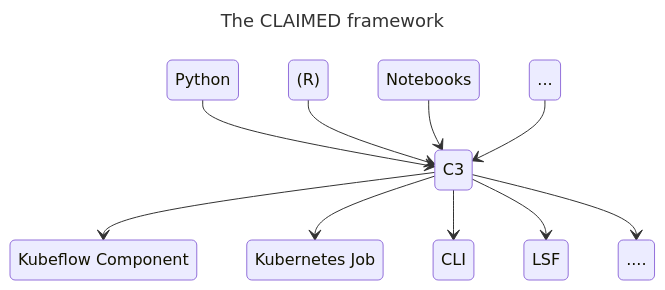
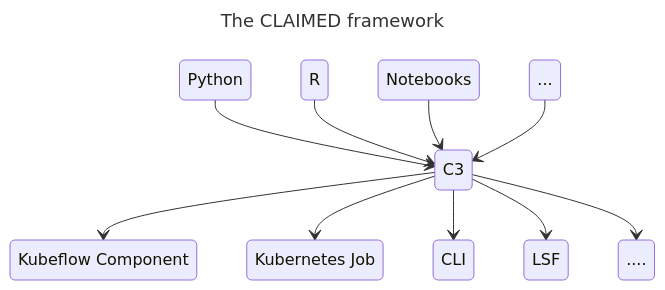
The diagram in mmd/c3.mmd (claimed-framework/claimed-framework.github.io), drawn with Mermaid before and after one commit. The commit also changed 1 other file, not shown here.

Commit message:
add / update mermaids

```diff
--- a/mmd/c3.mmd
+++ b/mmd/c3.mmd
@@ -1,13 +1,13 @@
 ---
 title: The CLAIMED framework
 ---
 stateDiagram-v2
     Python --> C3
-    (R) --> C3
+    R --> C3
     Notebooks --> C3
     ... --> C3
     C3 --> Kubeflow&nbsp;Component
     C3 --> Kubernetes&nbsp;Job
     C3 --> CLI
     C3 --> LSF
     C3 --> ....
```
